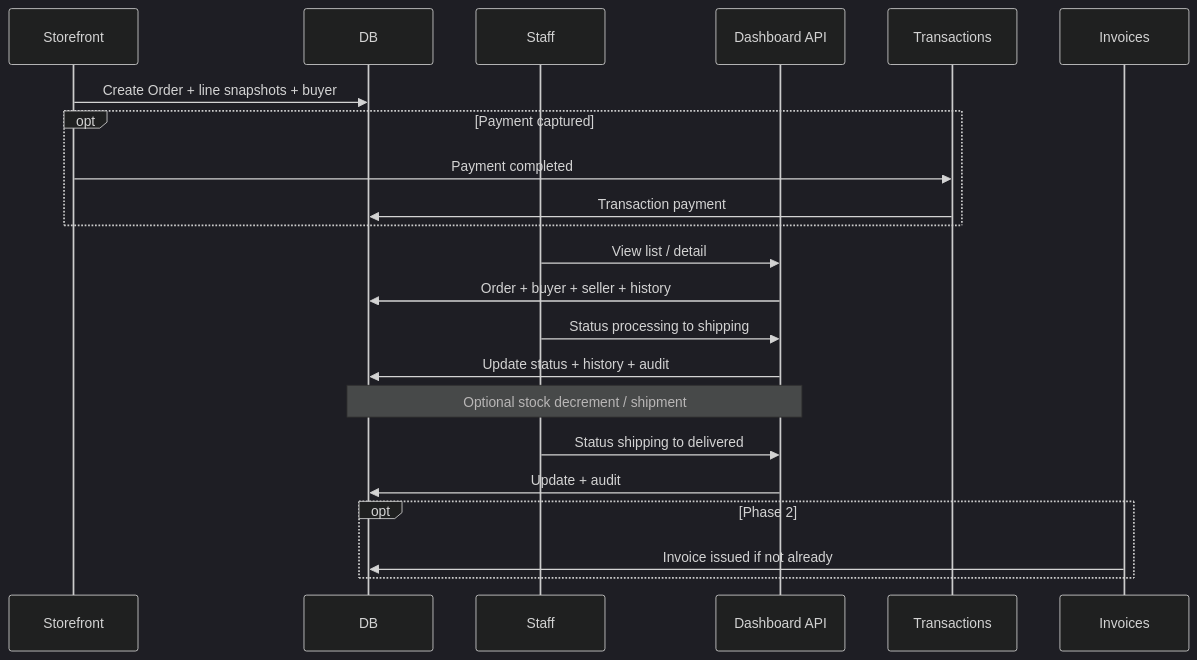
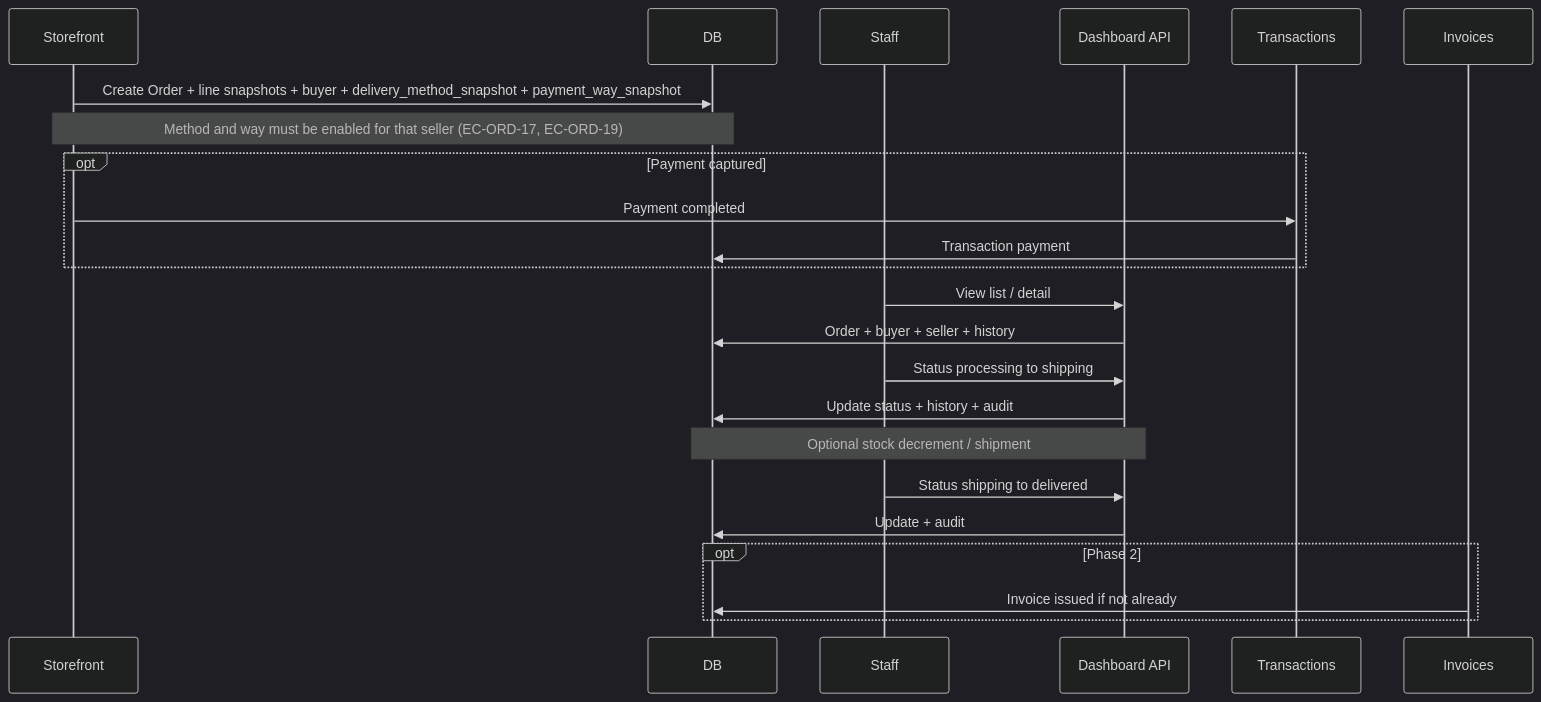
Before and after one commit to nafasebra/order-manager-docs: the fifth of 18 diagrams in data-flow.md, drawn with Mermaid (dark theme). The commit also changed other lines of this file and 7 other files, not shown here.

Commit message:
Feat new role and add payment and delivery methods setting

````diff
--- a/data-flow.md
+++ b/data-flow.md
@@ -127,25 +130,26 @@
 ```mermaid
 sequenceDiagram
   participant SF as Storefront
   participant DB as DB
   participant ST as Staff
   participant API as Dashboard API
   participant TX as Transactions
   participant INV as Invoices
 
-  SF->>DB: Create Order + line snapshots + buyer
+  SF->>DB: Create Order + line snapshots + buyer + delivery_method_snapshot + payment_way_snapshot
+  Note over SF,DB: Method and way must be enabled for that seller (EC-ORD-17, EC-ORD-19)
   opt Payment captured
     SF->>TX: Payment completed
     TX->>DB: Transaction payment
   end
   ST->>API: View list / detail
   API->>DB: Order + buyer + seller + history
   ST->>API: Status processing to shipping
   API->>DB: Update status + history + audit
   Note over API,DB: Optional stock decrement / shipment
   ST->>API: Status shipping to delivered
   API->>DB: Update + audit
   opt Phase 2
     INV->>DB: Invoice issued if not already
   end
 ```
````
